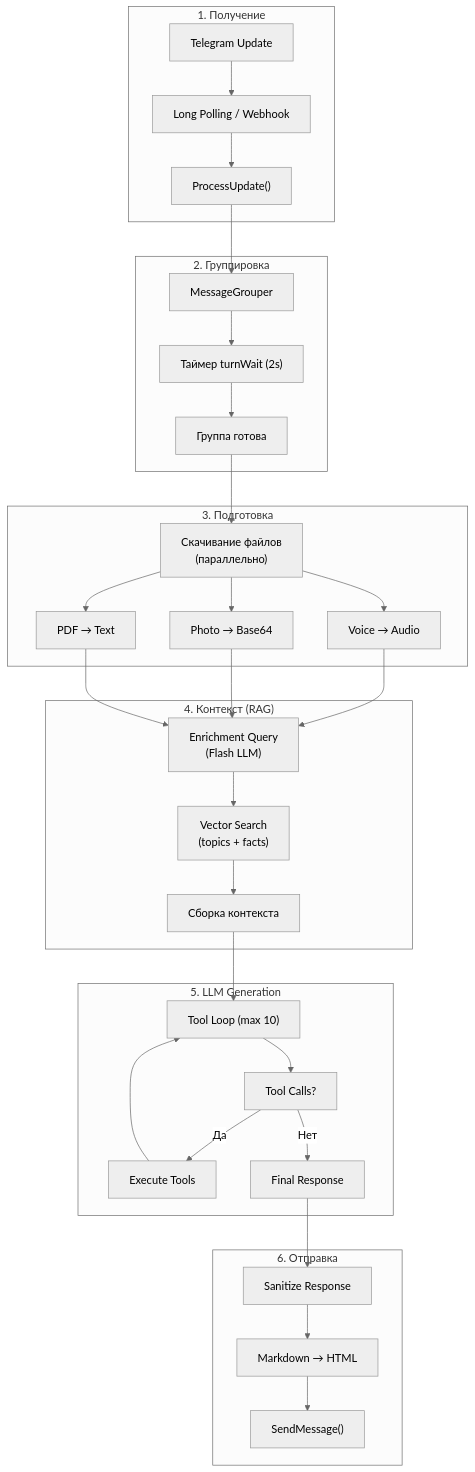
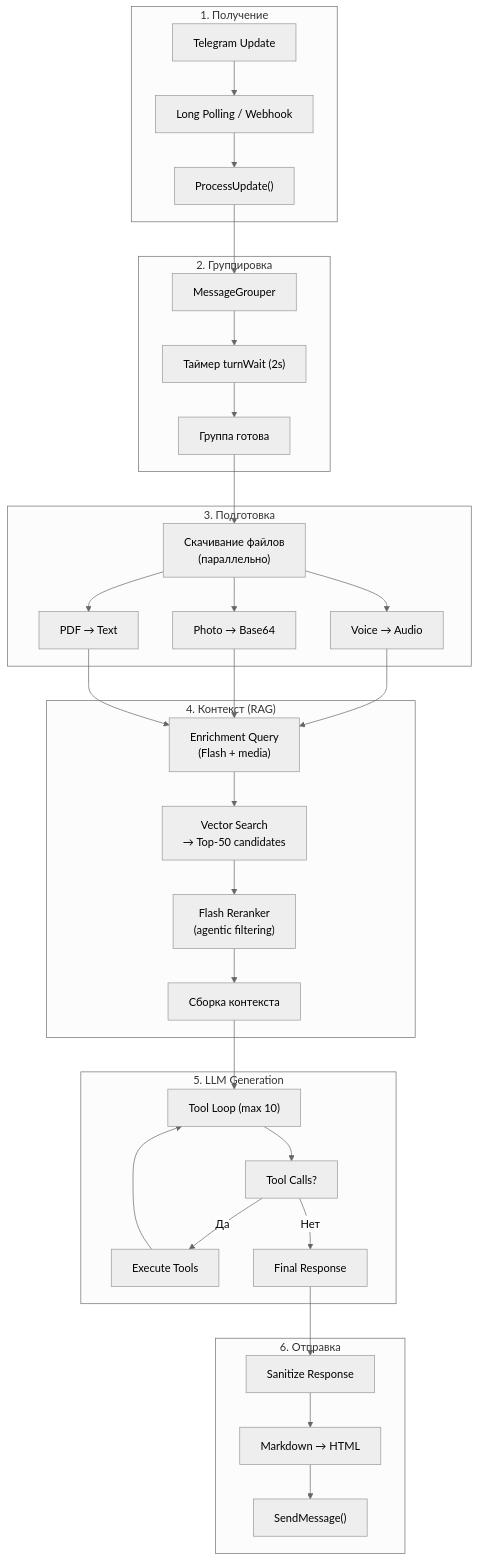
The first of 4 diagrams in docs/architecture/message-processing-flow.md (runixer/laplaced), drawn with Mermaid (neutral theme) before and after one commit. The commit also changed other lines of this file and 18 other files, not shown here.

````diff
--- a/docs/architecture/message-processing-flow.md
+++ b/docs/architecture/message-processing-flow.md
@@ -19,51 +19,52 @@
 ```mermaid
 flowchart TB
     subgraph receive["1. Получение"]
         TG["Telegram Update"]
         LP["Long Polling / Webhook"]
         PU["ProcessUpdate()"]
     end
 
     subgraph group["2. Группировка"]
         MG["MessageGrouper"]
         TW["Таймер turnWait (2s)"]
         GR["Группа готова"]
     end
 
     subgraph prepare["3. Подготовка"]
         FD["Скачивание файлов<br/>(параллельно)"]
         VC["Voice → Audio"]
         IMG["Photo → Base64"]
         PDF["PDF → Text"]
     end
 
     subgraph context["4. Контекст (RAG)"]
-        EQ["Enrichment Query<br/>(Flash LLM)"]
-        VS["Vector Search<br/>(topics + facts)"]
+        EQ["Enrichment Query<br/>(Flash + media)"]
+        VS["Vector Search<br/>→ Top-50 candidates"]
+        RR["Flash Reranker<br/>(agentic filtering)"]
         CTX["Сборка контекста"]
     end
 
     subgraph llm["5. LLM Generation"]
         TL["Tool Loop (max 10)"]
         TC["Tool Calls?"]
         TE["Execute Tools"]
         FR["Final Response"]
     end
 
     subgraph send["6. Отправка"]
         SAN["Sanitize Response"]
         MD["Markdown → HTML"]
         SEND["SendMessage()"]
     end
 
     TG --> LP --> PU
     PU --> MG --> TW --> GR
     GR --> FD
     FD --> VC & IMG & PDF
     VC & IMG & PDF --> EQ
-    EQ --> VS --> CTX
+    EQ --> VS --> RR --> CTX
     CTX --> TL --> TC
     TC -->|Да| TE --> TL
     TC -->|Нет| FR
     FR --> SAN --> MD --> SEND
 ```
````
